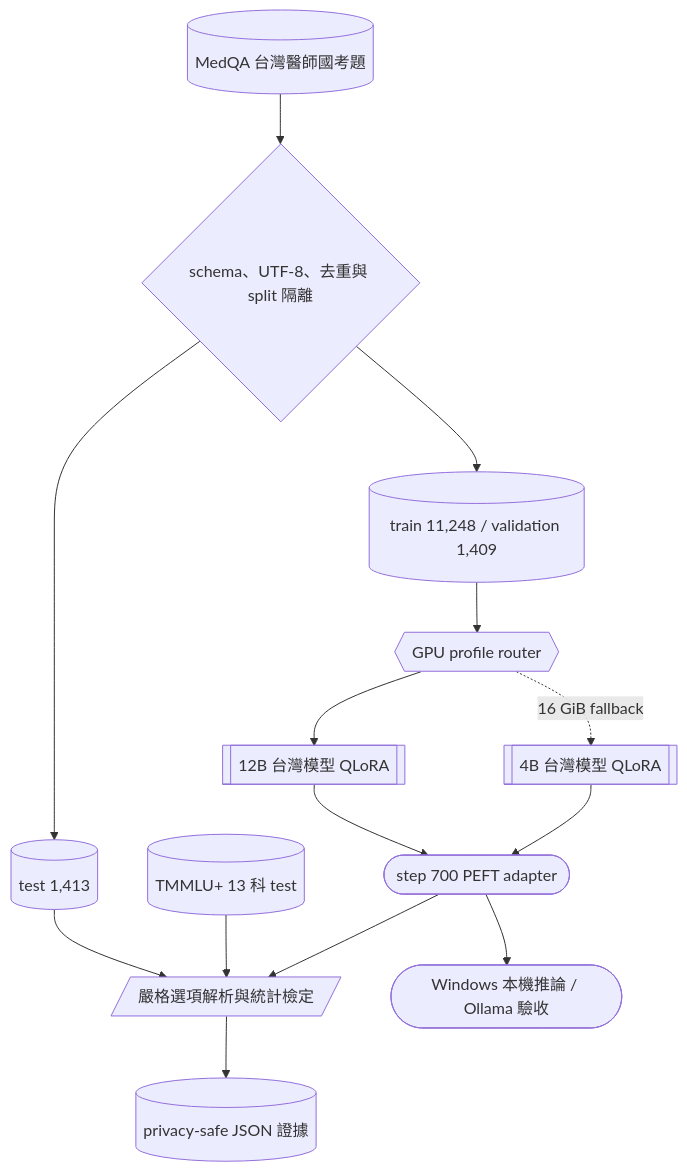
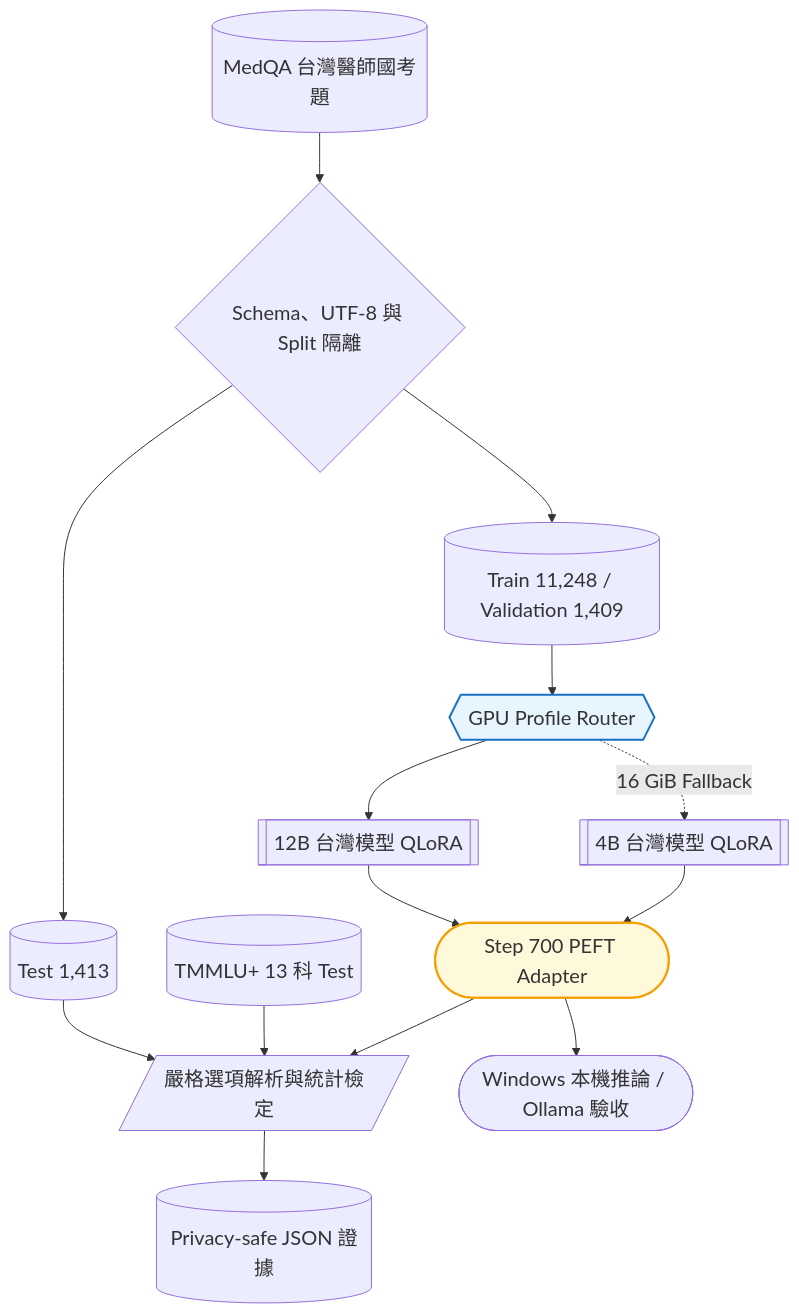
Before and after one commit to kuotunyu/tw-med-llm-qlora: the diagram in README.md, drawn with Mermaid. The commit also changed other lines of this file and 1 other file, not shown here.

Commit message:
docs: overhaul README with clean vertical flowchart, node styling, and update .gitignore

````diff
--- a/README.md
+++ b/README.md
@@ -34,16 +34,20 @@
 ```mermaid
+%%{init: {'themeVariables': {'fontSize': '20px'}}}%%
 flowchart TD
-    A[("MedQA 台灣醫師國考題")] --> B{"schema、UTF-8、去重與 split 隔離"}
-    B --> C[("train 11,248 / validation 1,409")]
-    B --> D[("test 1,413")]
-    C --> E{{"GPU profile router"}}
+    A[("MedQA 台灣醫師國考題")] --> B{"Schema、UTF-8 與 Split 隔離"}
+    B --> C[("Train 11,248 / Validation 1,409")]
+    B --> D[("Test 1,413")]
+    C --> E{{"GPU Profile Router"}}
     E --> F[["12B 台灣模型 QLoRA"]]
-    E -. "16 GiB fallback" .-> G[["4B 台灣模型 QLoRA"]]
-    F --> H(["step 700 PEFT adapter"])
+    E -. "16 GiB Fallback" .-> G[["4B 台灣模型 QLoRA"]]
+    F --> H(["Step 700 PEFT Adapter"])
     G --> H
     D --> I[/"嚴格選項解析與統計檢定"/]
-    J[("TMMLU+ 13 科 test")] --> I
+    J[("TMMLU+ 13 科 Test")] --> I
     H --> I
-    I --> K[("privacy-safe JSON 證據")]
+    I --> K[("Privacy-safe JSON 證據")]
     H --> L(["Windows 本機推論 / Ollama 驗收"])
+
+    style E fill:#e7f5ff,stroke:#1971c2,stroke-width:2px
+    style H fill:#fff9db,stroke:#f59f00,stroke-width:2px
 ```
````
